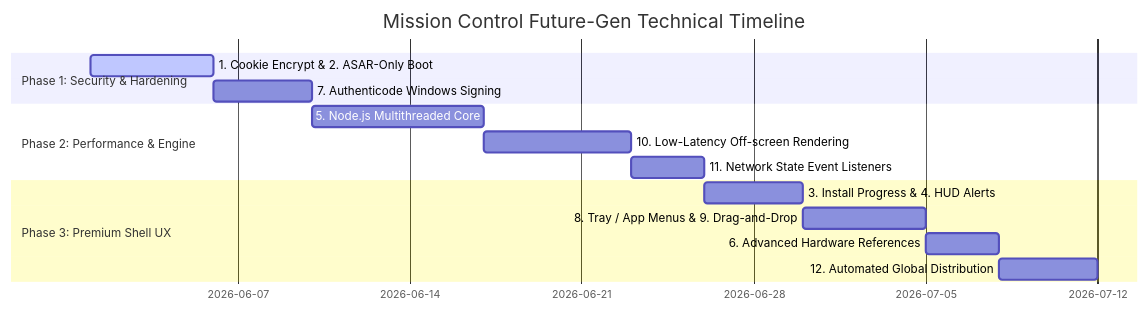
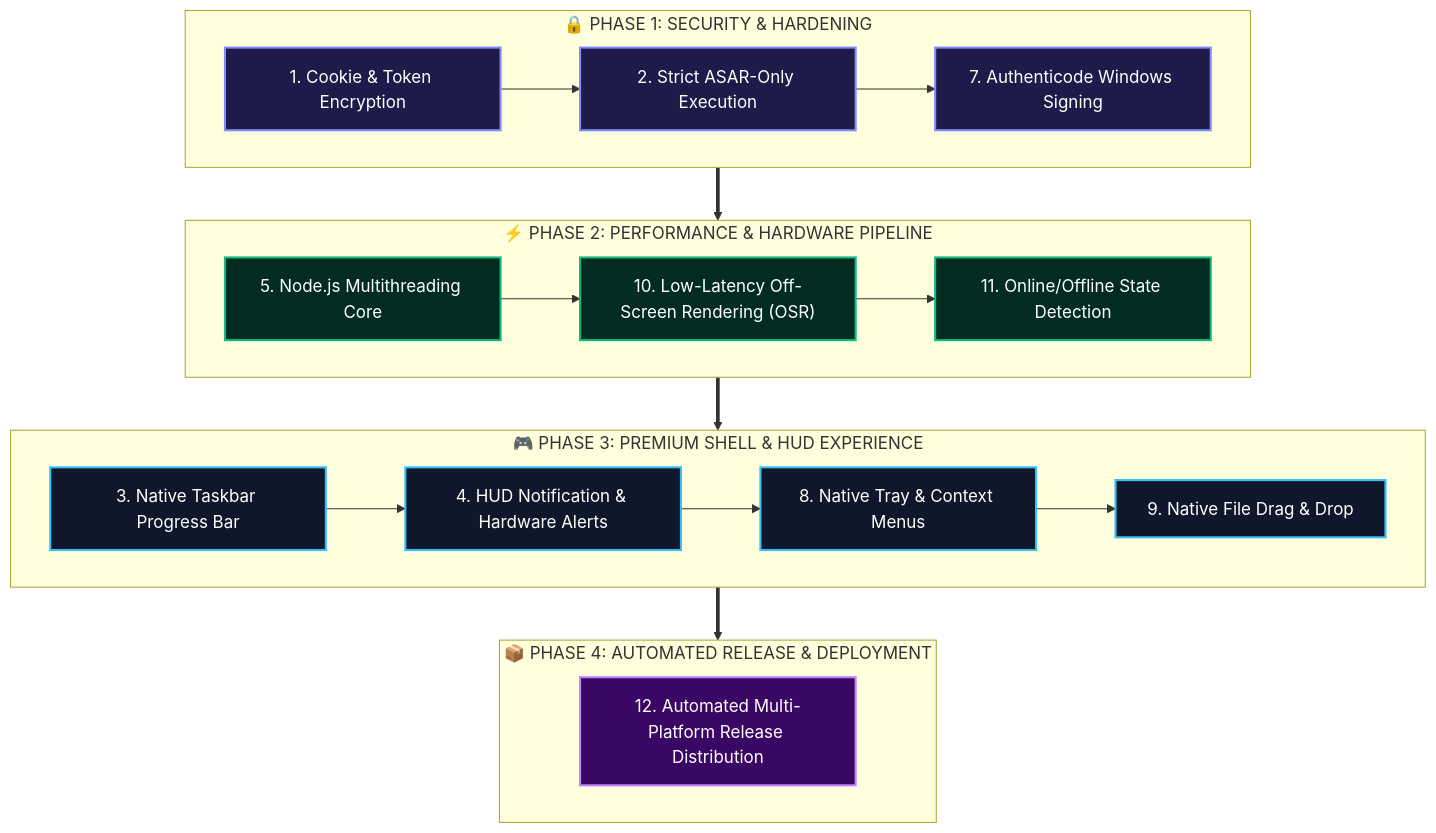
One commit to arnab825/Mission-Control changed the second of 2 diagrams in Gaming/docs/ProductRoadmap.md. Above: the diagram before and after it, drawn with Mermaid. The commit also changed other lines of this file and 6 other files, not shown here.

````diff
--- a/Gaming/docs/ProductRoadmap.md
+++ b/Gaming/docs/ProductRoadmap.md
@@ -124,17 +122,31 @@
 ```mermaid
-gantt
-    title Mission Control Future-Gen Technical Timeline
-    dateFormat  YYYY-MM-DD
-    section Phase 1: Security & Hardening
-    1. Cookie Encrypt & 2. ASAR-Only Boot   :active, p1_1, 2026-06-01, 5d
-    7. Authenticode Windows Signing        :         p1_2, after p1_1, 4d
-    section Phase 2: Performance & Engine
-    5. Node.js Multithreaded Core          :         p2_1, after p1_2, 7d
-    10. Low-Latency Off-screen Rendering    :         p2_2, after p2_1, 6d
-    11. Network State Event Listeners      :         p2_3, after p2_2, 3d
-    section Phase 3: Premium Shell UX
-    3. Install Progress & 4. HUD Alerts    :         p3_1, after p2_3, 4d
-    8. Tray / App Menus & 9. Drag-and-Drop  :         p3_2, after p3_1, 5d
-    6. Advanced Hardware References        :         p3_3, after p3_2, 3d
-    12. Automated Global Distribution      :         p3_4, after p3_3, 4d
+graph TD
+    classDef sec fill:#1e1b4b,stroke:#818cf8,stroke-width:2px,color:#ffffff;
+    classDef perf fill:#022c22,stroke:#10b981,stroke-width:2px,color:#ffffff;
+    classDef ux fill:#0f172a,stroke:#38bdf8,stroke-width:2px,color:#ffffff;
+    classDef deploy fill:#3b0764,stroke:#c084fc,stroke-width:2px,color:#ffffff;
+
+    subgraph PHASE1 ["🔒 PHASE 1: SECURITY & HARDENING"]
+        P1A["1. Cookie & Token Encryption"]:::sec --> P1B["2. Strict ASAR-Only Execution"]:::sec
+        P1B --> P1C["7. Authenticode Windows Signing"]:::sec
+    end
+
+    subgraph PHASE2 ["⚡ PHASE 2: PERFORMANCE & HARDWARE PIPELINE"]
+        P2A["5. Node.js Multithreading Core"]:::perf --> P2B["10. Low-Latency Off-Screen Rendering (OSR)"]:::perf
+        P2B --> P2C["11. Online/Offline State Detection"]:::perf
+    end
+
+    subgraph PHASE3 ["🎮 PHASE 3: PREMIUM SHELL & HUD EXPERIENCE"]
+        P3A["3. Native Taskbar Progress Bar"]:::ux --> P3B["4. HUD Notification & Hardware Alerts"]:::ux
+        P3B --> P3C["8. Native Tray & Context Menus"]:::ux
+        P3C --> P3D["9. Native File Drag & Drop"]:::ux
+    end
+
+    subgraph PHASE4 ["📦 PHASE 4: AUTOMATED RELEASE & DEPLOYMENT"]
+        P4A["12. Automated Multi-Platform Release Distribution"]:::deploy
+    end
+
+    PHASE1 ==> PHASE2
+    PHASE2 ==> PHASE3
+    PHASE3 ==> PHASE4
 ```
````
